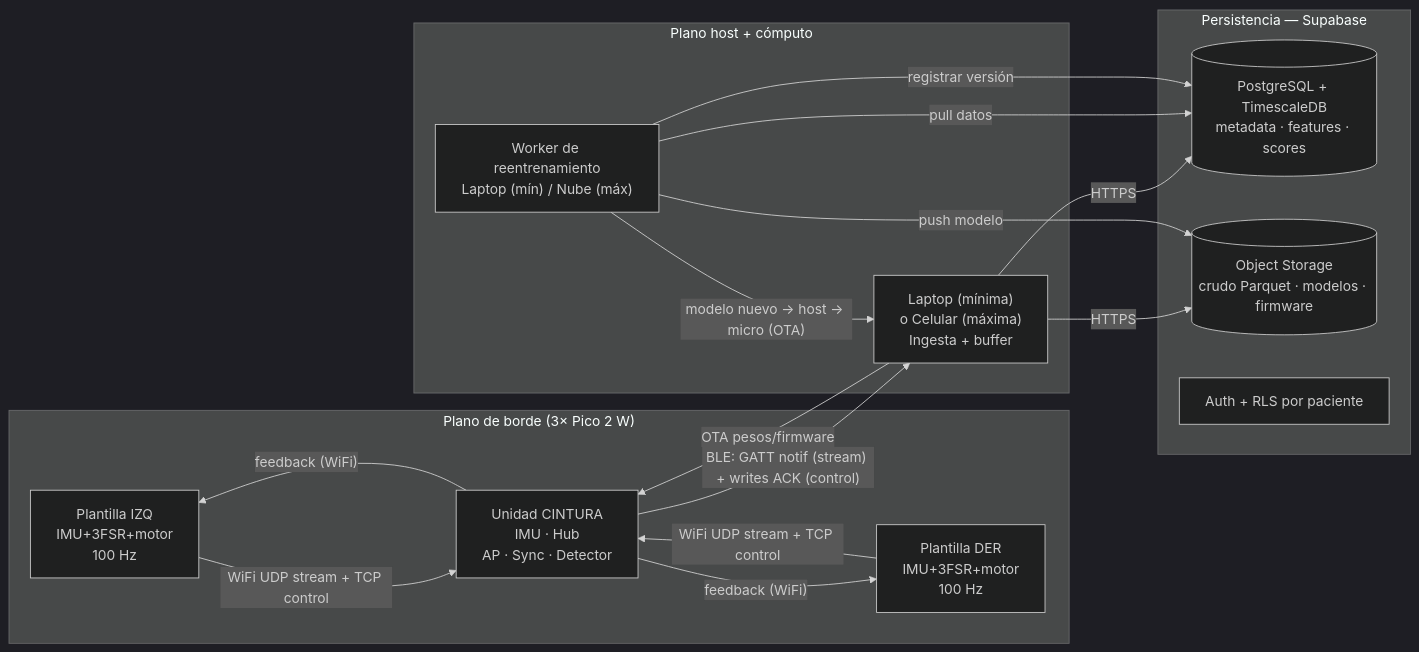
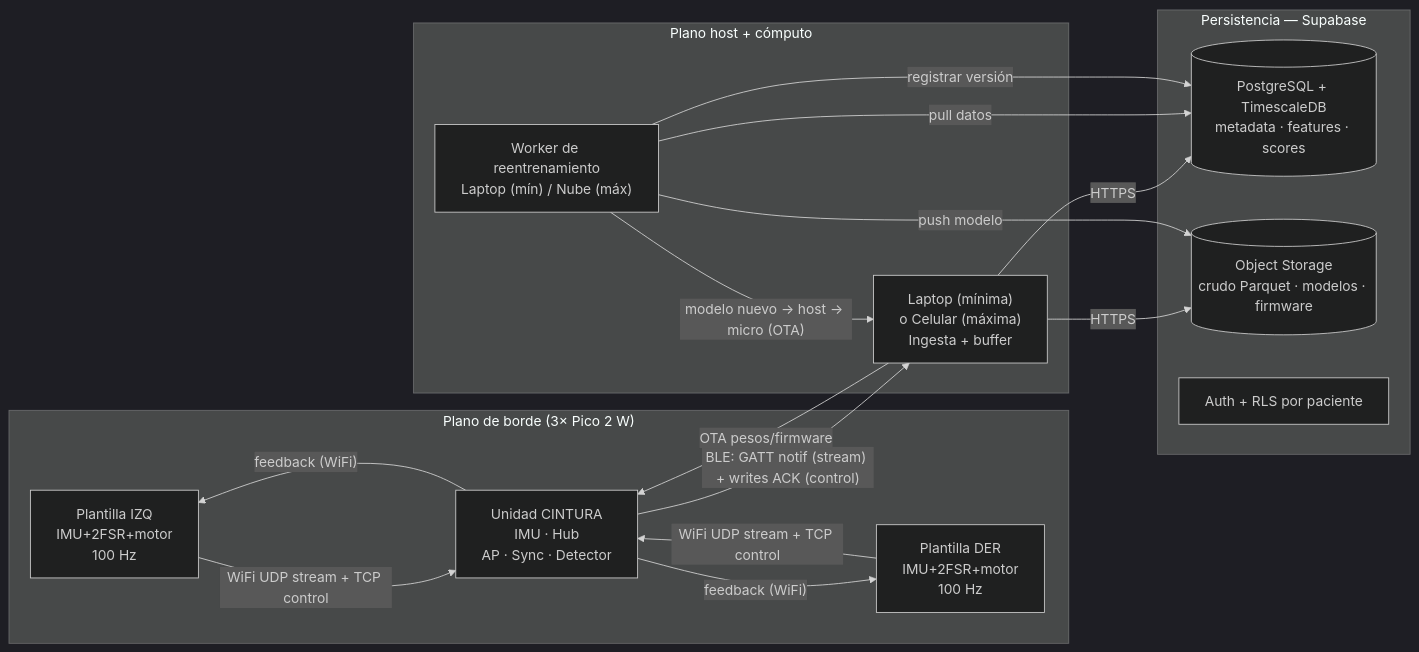
Before and after one commit to juanbag25/Tesis_Gramaglia_Azcueta: the diagram in docs/arquitectura/Arquitectura_Sistema_Marcha.md, drawn with Mermaid (dark theme). The commit also changed other lines of this file and 4 other files, not shown here.

````diff
--- a/docs/arquitectura/Arquitectura_Sistema_Marcha.md
+++ b/docs/arquitectura/Arquitectura_Sistema_Marcha.md
@@ -102,30 +88,30 @@
 ```mermaid
 flowchart LR
     subgraph BORDE["Plano de borde (3× Pico 2 W)"]
-        PI["Plantilla IZQ\nIMU+3FSR+motor\n100 Hz"]
-        PD["Plantilla DER\nIMU+3FSR+motor\n100 Hz"]
+        PI["Plantilla IZQ\nIMU+2FSR+motor\n100 Hz"]
+        PD["Plantilla DER\nIMU+2FSR+motor\n100 Hz"]
         CI["Unidad CINTURA\nIMU · Hub\nAP · Sync · Detector"]
     end
     subgraph HOST["Plano host + cómputo"]
         LT["Laptop (mínima)\no Celular (máxima)\nIngesta + buffer"]
         WK["Worker de reentrenamiento\nLaptop (mín) / Nube (máx)"]
     end
     subgraph CLOUD["Persistencia — Supabase"]
         DB[("PostgreSQL + TimescaleDB\nmetadata · features · scores")]
         OBJ[("Object Storage\ncrudo Parquet · modelos · firmware")]
         AUTH["Auth + RLS por paciente"]
     end
 
     PI -- "WiFi UDP stream + TCP control" --> CI
     PD -- "WiFi UDP stream + TCP control" --> CI
     CI -- "feedback (WiFi)" --> PI
     CI -- "feedback (WiFi)" --> PD
     CI -- "BLE: GATT notif (stream) + writes ACK (control)" --> LT
     LT -- "HTTPS" --> DB
     LT -- "HTTPS" --> OBJ
     WK -- "pull datos" --> DB
     WK -- "push modelo" --> OBJ
     WK -- "registrar versión" --> DB
     WK -- "modelo nuevo → host → micro (OTA)" --> LT
     LT -- "OTA pesos/firmware" --> CI
 ```
````
